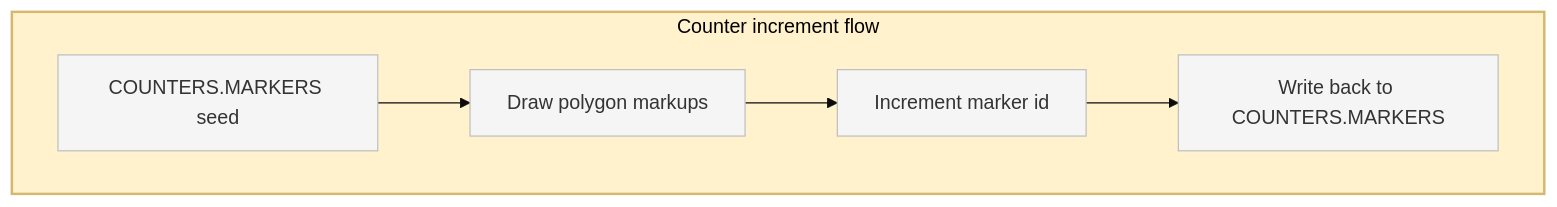
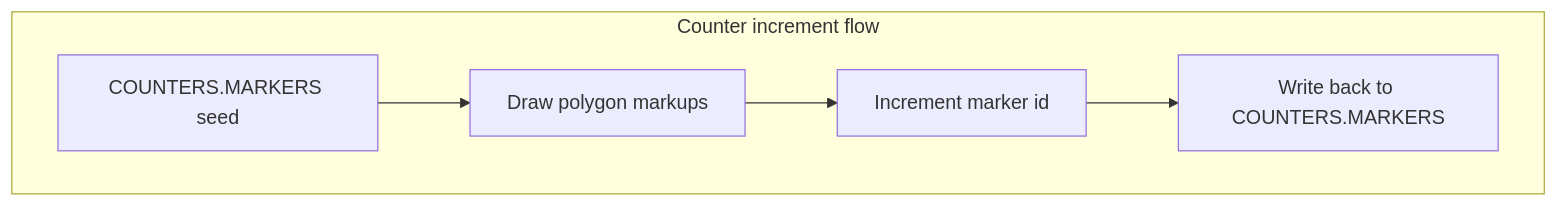
The second of 2 diagrams in docs/config/flags_counters.md (Gh0st352/AETHR), drawn with Mermaid before and after one commit. The commit also changed other lines of this file and 8 other files, not shown here.

First line of the commit message:
docs(config): standardize Mermaid themes and class names

````diff
--- a/docs/config/flags_counters.md
+++ b/docs/config/flags_counters.md
@@ -61,13 +59,11 @@
 ```mermaid
-%%{init: {"theme":"base", "themeVariables":{"primaryColor":"#f5f5f5"}}}%%
+%% shared theme: docs/_mermaid/theme.json %%
 flowchart TB
-  subgraph COUNTER_FLOW [Counter increment flow]
-    style COUNTER_FLOW fill:#fff2cc,stroke:#d4b86f,stroke-width:2px
+  subgraph COUNTER_FLOW["Counter increment flow"]
     C[COUNTERS.MARKERS seed] --> D[Draw polygon markups]
     D --> INC[Increment marker id]
     INC --> SAVE[Write back to COUNTERS.MARKERS]
   end
 
-  classDef node fill:#f5f5f5,stroke:#bfbfbf
-  class C,D,INC,SAVE node
+  class C,D,INC,SAVE class_step;
 ```
````
